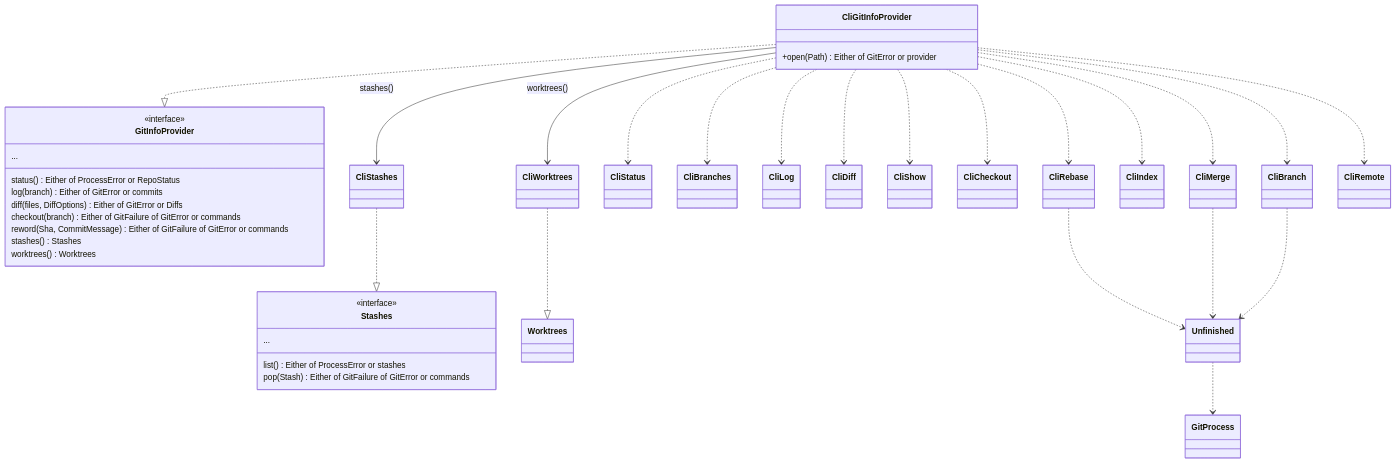
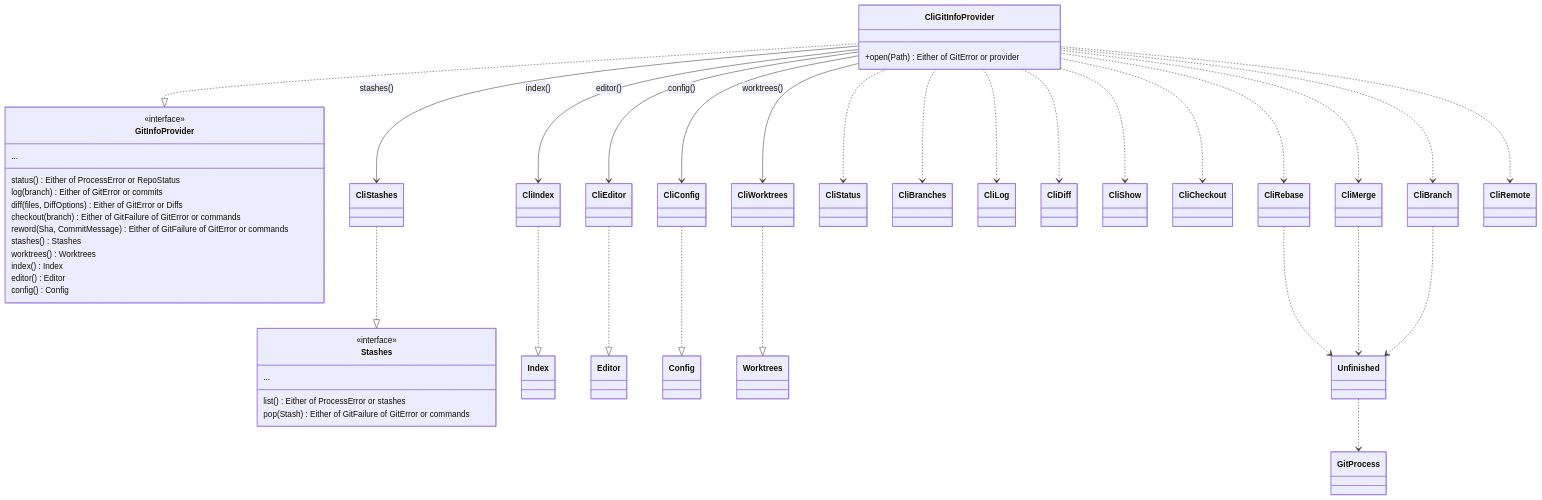
Before and after one commit to cvanfleteren/jazygit: the fourth of 7 diagrams in ARCHITECTURE.md, drawn with Mermaid.

Commit message:
ARCHITECTURE.md shows the index, editor and config as roles

````diff
--- a/ARCHITECTURE.md
+++ b/ARCHITECTURE.md
@@ -832,43 +832,51 @@
 ```mermaid
 classDiagram
     class GitInfoProvider {
         <<interface>>
         status() Either of ProcessError or RepoStatus
         log(branch) Either of GitError or commits
         diff(files, DiffOptions) Either of GitError or Diffs
         checkout(branch) Either of GitFailure of GitError or commands
         reword(Sha, CommitMessage) Either of GitFailure of GitError or commands
         stashes() Stashes
         worktrees() Worktrees
+        index() Index
+        editor() Editor
+        config() Config
         ...
     }
     class CliGitInfoProvider {
         +open(Path) Either of GitError or provider
     }
     class Stashes {
         <<interface>>
         list() Either of ProcessError or stashes
         pop(Stash) Either of GitFailure of GitError or commands
         ...
     }
     CliGitInfoProvider ..|> GitInfoProvider
     CliStashes ..|> Stashes
+    CliIndex ..|> Index
+    CliEditor ..|> Editor
+    CliConfig ..|> Config
+    CliGitInfoProvider --> CliEditor : editor()
+    CliGitInfoProvider --> CliConfig : config()
     CliWorktrees ..|> Worktrees
     CliGitInfoProvider --> CliWorktrees : worktrees()
     CliGitInfoProvider ..> CliStatus
     CliGitInfoProvider ..> CliBranches
     CliGitInfoProvider ..> CliLog
     CliGitInfoProvider ..> CliDiff
     CliGitInfoProvider ..> CliShow
     CliGitInfoProvider ..> CliCheckout
     CliGitInfoProvider ..> CliBranch
-    CliGitInfoProvider ..> CliIndex
+    CliGitInfoProvider --> CliIndex : index()
     CliGitInfoProvider ..> CliMerge
     CliGitInfoProvider ..> CliRebase
     CliGitInfoProvider --> CliStashes : stashes()
     CliGitInfoProvider ..> CliRemote
     CliRebase ..> Unfinished
     CliMerge ..> Unfinished
     CliBranch ..> Unfinished
     Unfinished ..> GitProcess
 ```
````
